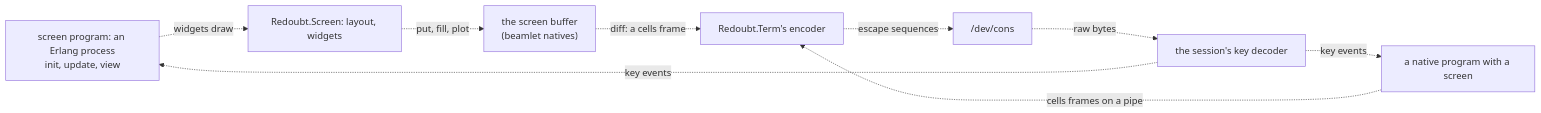
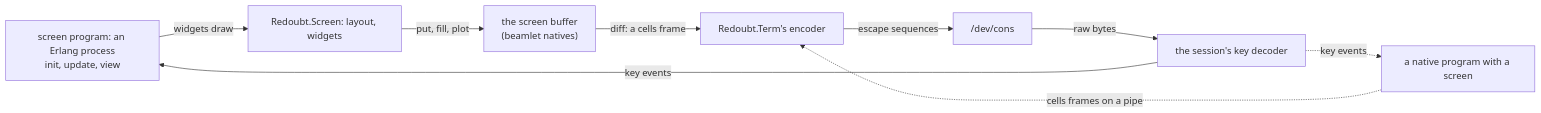
The first of 2 diagrams in docs/userland/shell.md (sirmick/redoubt), drawn with Mermaid before and after one commit. The commit also changed other lines of this file and 14 other files, not shown here.

````diff
--- a/docs/userland/shell.md
+++ b/docs/userland/shell.md
@@ -373,11 +395,11 @@
 ```mermaid
 flowchart LR
-    APP["screen program: an Erlang process<br/>init, update, view"] -.->|"widgets draw"| W["Redoubt.Screen: layout, widgets"]
-    W -.->|"put, fill, plot"| B["the screen buffer<br/>(beamlet natives)"]
-    B -.->|"diff: a cells frame"| E["Redoubt.Term's encoder"]
+    APP["screen program: an Erlang process<br/>init, update, view"] -->|"widgets draw"| W["Redoubt.Screen: layout, widgets"]
+    W -->|"put, fill, plot"| B["the screen buffer<br/>(beamlet natives)"]
+    B -->|"diff: a cells frame"| E["Redoubt.Term's encoder"]
     NP["a native program with a screen"] -.->|"cells frames on a pipe"| E
-    E -.->|"escape sequences"| C["/dev/cons"]
-    C -.->|"raw bytes"| K["the session's key decoder"]
-    K -.->|"key events"| APP
+    E -->|"escape sequences"| C["/dev/cons"]
+    C -->|"raw bytes"| K["the session's key decoder"]
+    K -->|"key events"| APP
     K -.->|"key events"| NP
 ```
````
